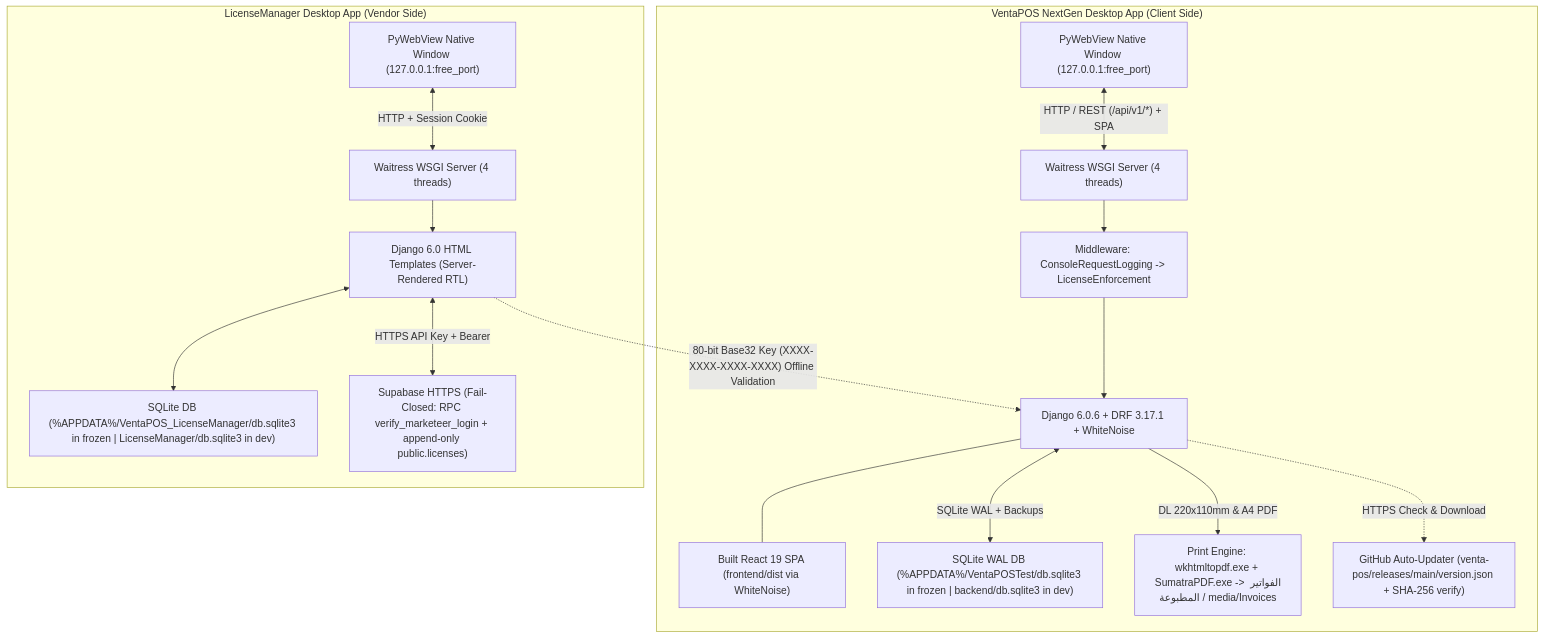
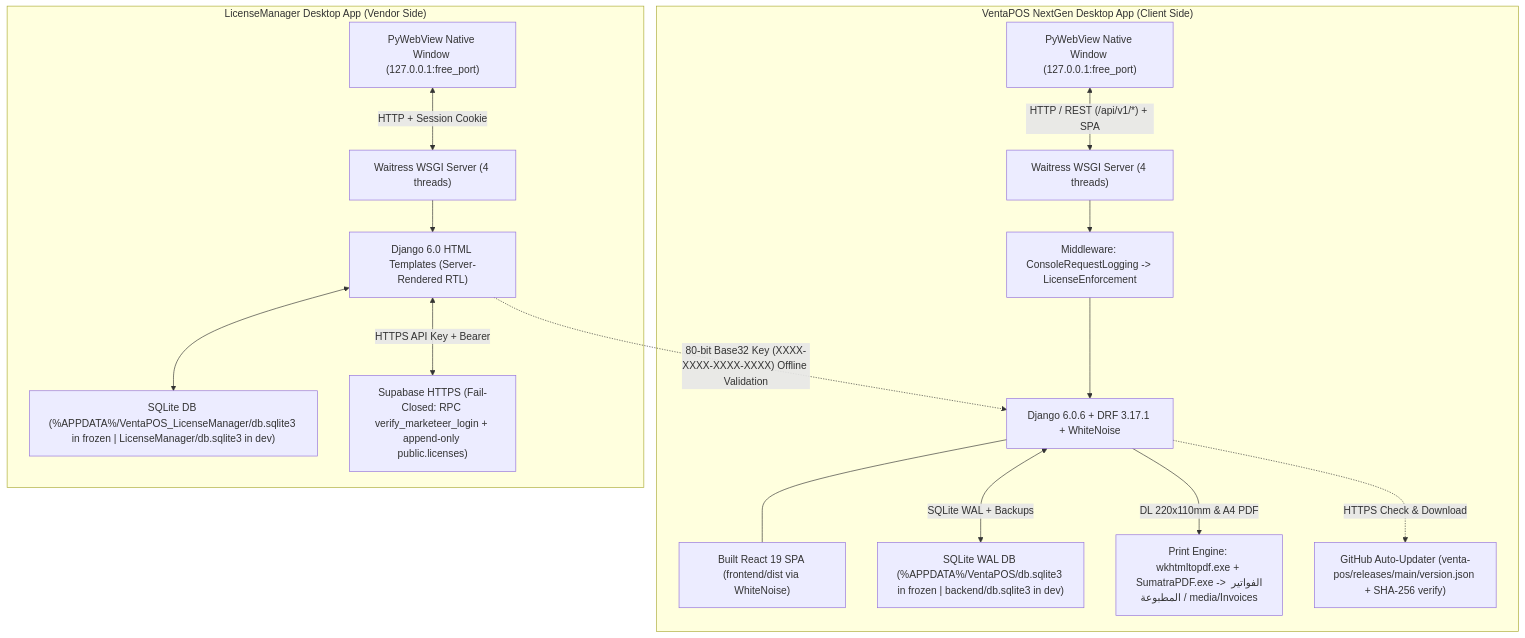
Before and after one commit to abdalatyf/ventaPOS: the diagram in APP_BIBLE.md, drawn with Mermaid. The commit also changed other lines of this file and 43 other files, not shown here.

````diff
--- a/APP_BIBLE.md
+++ b/APP_BIBLE.md
@@ -17,36 +17,36 @@
 ```mermaid
 flowchart TB
     subgraph NextGen["VentaPOS NextGen Desktop App (Client Side)"]
         NG_GUI["PyWebView Native Window (127.0.0.1:free_port)"]
         NG_WAIT["Waitress WSGI Server (4 threads)"]
         NG_DJANGO["Django 6.0.6 + DRF 3.17.1 + WhiteNoise"]
         NG_REACT["Built React 19 SPA (frontend/dist via WhiteNoise)"]
         NG_MW["Middleware: ConsoleRequestLogging -> LicenseEnforcement"]
-        NG_DB["SQLite WAL DB (%APPDATA%/VentaPOSTest/db.sqlite3 in frozen | backend/db.sqlite3 in dev)"]
+        NG_DB["SQLite WAL DB (%APPDATA%/VentaPOS/db.sqlite3 in frozen | backend/db.sqlite3 in dev)"]
         NG_PRINT["Print Engine: wkhtmltopdf.exe + SumatraPDF.exe -> الفواتير المطبوعة / media/Invoices"]
         NG_GH["GitHub Auto-Updater (venta-pos/releases/main/version.json + SHA-256 verify)"]
 
         NG_GUI <-->|"HTTP / REST (/api/v1/*) + SPA"| NG_WAIT
         NG_WAIT --> NG_MW
         NG_MW --> NG_DJANGO
         NG_DJANGO --- NG_REACT
         NG_DJANGO <-->|"SQLite WAL + Backups"| NG_DB
         NG_DJANGO -->|"DL 220x110mm & A4 PDF"| NG_PRINT
         NG_DJANGO -.->|"HTTPS Check & Download"| NG_GH
     end
 
     subgraph LicenseMgr["LicenseManager Desktop App (Vendor Side)"]
         LM_GUI["PyWebView Native Window (127.0.0.1:free_port)"]
         LM_WAIT["Waitress WSGI Server (4 threads)"]
         LM_DJANGO["Django 6.0 HTML Templates (Server-Rendered RTL)"]
         LM_DB["SQLite DB (%APPDATA%/VentaPOS_LicenseManager/db.sqlite3 in frozen | LicenseManager/db.sqlite3 in dev)"]
         LM_SUPA["Supabase HTTPS (Fail-Closed: RPC verify_marketeer_login + append-only public.licenses)"]
 
         LM_GUI <-->|"HTTP + Session Cookie"| LM_WAIT
         LM_WAIT --> LM_DJANGO
         LM_DJANGO <--> LM_DB
         LM_DJANGO <-->|"HTTPS API Key + Bearer"| LM_SUPA
     end
 
     LM_DJANGO -.->|"80-bit Base32 Key (XXXX-XXXX-XXXX-XXXX) Offline Validation"| NG_DJANGO
 ```
````
